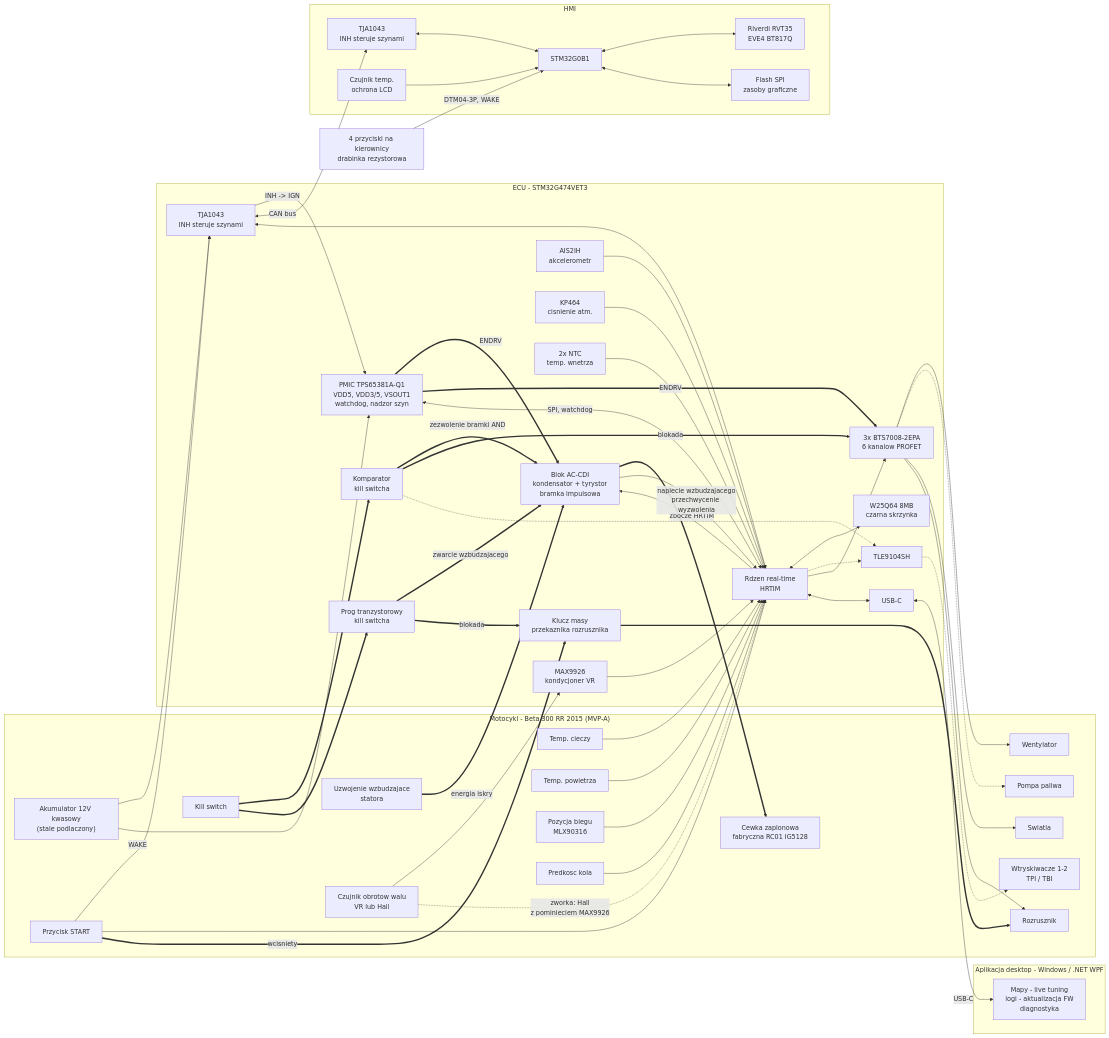
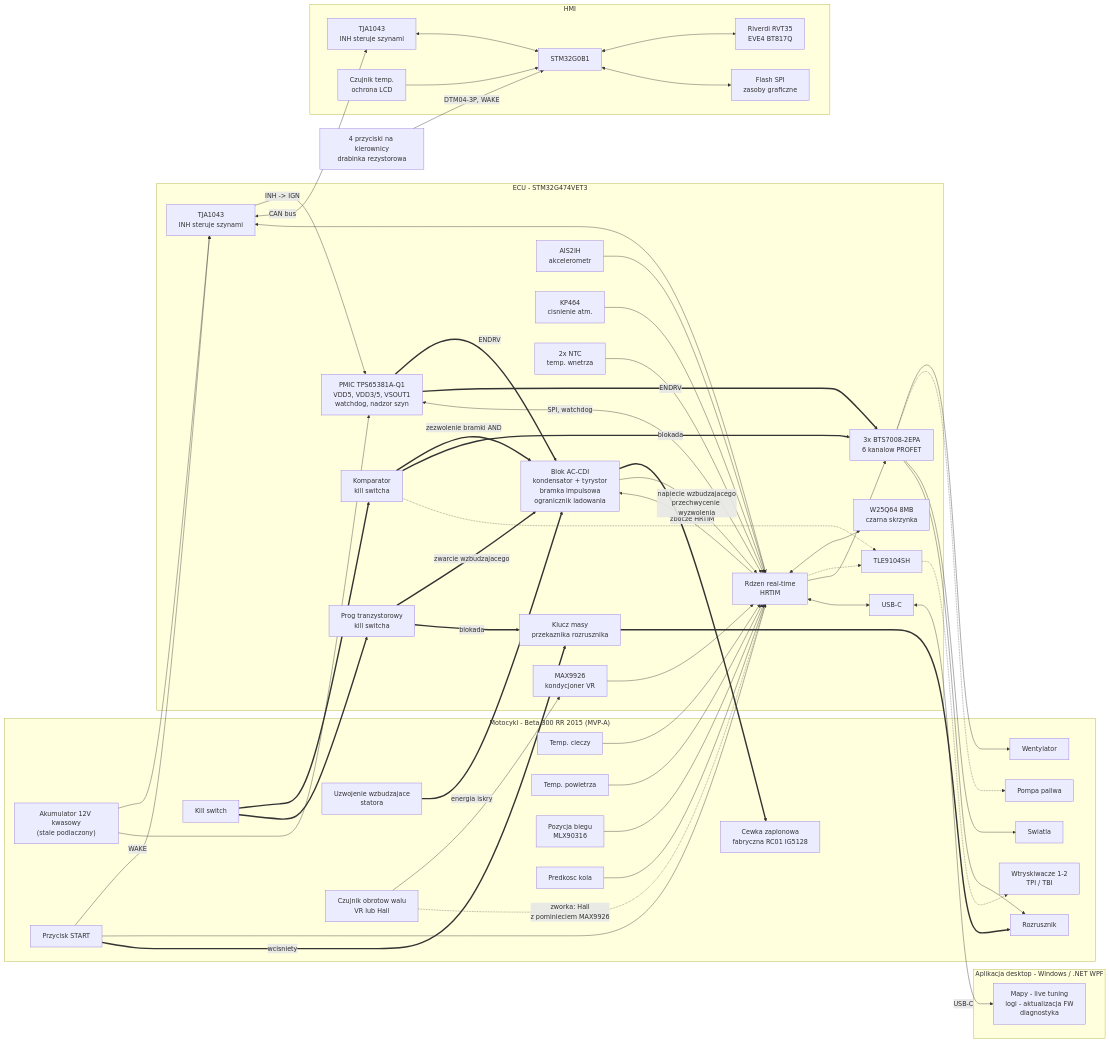
Before and after one commit to DustWorx/DustONE-project-docs: the diagram in diagrams/architektura-systemu.mermaid, drawn with Mermaid. The commit also changed 13 other files, not shown here.

```diff
--- a/diagrams/architektura-systemu.mermaid
+++ b/diagrams/architektura-systemu.mermaid
@@ -1,115 +1,116 @@
 %% DOC-003 — Architektura systemu (diagram blokowy)
 %% Wersja 2.0 | Status: roboczy | Właściciel: Paweł | Opracowanie: Claude | 2026-10-25
 %% Dokument nadrzędny: proces.md
 %% Historia: 2.0 (2026-10-25) MVP-A: tor AC-CDI zamiast VBG08H-E, akcelerometr AIS2IH zamiast BMI090L,
 %%           KP464 zamiast BMP390, zasilanie wyłączane przez INH TJA1043, sprzętowy kill switch,
 %%           usunięty TPS (Z1 obalone), wtrysk oznaczony jako B/C. Źródło: produkt.md rozdz. 3, 4, 6.
+%%           2.3 (2026-11-09) blok AC-CDI: sprzetowy ogranicznik ladowania kondensatora (ECU-IGN-034)
 %%           2.2 (2026-11-01) PMIC TPS65381A-Q1 zamiast przetwornic, TPS3430 i przelacznika obciazenia; ENDRV
 %%           2.1 (2026-11-01) dwa uklady progowe kill switcha, klucz masy rozrusznika od przycisku START
 %%           1.2 (2026-09-29) usuniety blok Quickshifter
 %% LEGENDA: linia przerywana = tylko warianty B/C
 
 flowchart LR
 
     subgraph MOTO["Motocykl - Beta 300 RR 2015 (MVP-A)"]
         BAT["Akumulator 12V kwasowy<br/>(stale podlaczony)"]
         EXC["Uzwojenie wzbudzajace<br/>statora"]
         VR["Czujnik obrotow walu<br/>VR lub Hall"]
         TW["Temp. cieczy"]
         TA["Temp. powietrza"]
         GEAR["Pozycja biegu<br/>MLX90316"]
         WS["Predkosc kola"]
         BTNM["Przycisk START"]
         KILL["Kill switch"]
         COIL["Cewka zaplonowa<br/>fabryczna RC01 IG5128"]
         INJ["Wtryskiwacze 1-2<br/>TPI / TBI"]
         FAN["Wentylator"]
         PUMP["Pompa paliwa"]
         LIGHT["Swiatla"]
         STR["Rozrusznik"]
     end
 
     subgraph ECU["ECU - STM32G474VET3"]
         CAN1["TJA1043<br/>INH steruje szynami"]
         PWR["PMIC TPS65381A-Q1<br/>VDD5, VDD3/5, VSOUT1<br/>watchdog, nadzor szyn"]
         COND["MAX9926<br/>kondycjoner VR"]
         CORE["Rdzen real-time<br/>HRTIM"]
         ACC["AIS2IH<br/>akcelerometr"]
         BARO["KP464<br/>cisnienie atm."]
         NTC["2x NTC<br/>temp. wnetrza"]
         NVM["W25Q64 8MB<br/>czarna skrzynka"]
         CMP["Komparator<br/>kill switcha"]
         THR["Prog tranzystorowy<br/>kill switcha"]
         SKEY["Klucz masy<br/>przekaznika rozrusznika"]
-        CDI["Blok AC-CDI<br/>kondensator + tyrystor<br/>bramka impulsowa"]
+        CDI["Blok AC-CDI<br/>kondensator + tyrystor<br/>bramka impulsowa<br/>ogranicznik ladowania"]
         PROF["3x BTS7008-2EPA<br/>6 kanalow PROFET"]
         IDRV["TLE9104SH"]
         USB["USB-C"]
     end
 
     subgraph HMIBOX["HMI"]
         CAN2["TJA1043<br/>INH steruje szynami"]
         MCU2["STM32G0B1"]
         EVE["Riverdi RVT35<br/>EVE4 BT817Q"]
         FL2["Flash SPI<br/>zasoby graficzne"]
         TEMP2["Czujnik temp.<br/>ochrona LCD"]
     end
 
     BTNH["4 przyciski na kierownicy<br/>drabinka rezystorowa"]
 
     subgraph PC["Aplikacja desktop - Windows / .NET WPF"]
         APP["Mapy - live tuning<br/>logi - aktualizacja FW<br/>diagnostyka"]
     end
 
     BAT --> CAN1
     CAN1 -->|"INH -> IGN"| PWR
     BAT --> PWR
     BTNM -->|"WAKE"| CAN1
     BTNM --> CORE
 
     EXC ==>|"energia iskry"| CDI
     CDI ==> COIL
     CORE -->|"zbocze HRTIM"| CDI
     CDI -->|"napiecie wzbudzajacego<br/>przechwycenie wyzwolenia"| CORE
 
     KILL ==> CMP
     KILL ==> THR
     CMP ==>|"zezwolenie bramki AND"| CDI
     THR ==>|"zwarcie wzbudzajacego"| CDI
     CMP ==>|"blokada"| PROF
     THR ==>|"blokada"| SKEY
     BTNM ==>|"wcisniety"| SKEY
     SKEY ==> STR
     CMP -.-> IDRV
 
     VR --> COND --> CORE
     VR -.->|"zworka: Hall<br/>z pominieciem MAX9926"| CORE
     TW --> CORE
     TA --> CORE
     GEAR --> CORE
     WS --> CORE
     ACC --> CORE
     BARO --> CORE
     NTC --> CORE
     CORE <--> NVM
     CORE <-->|"SPI, watchdog"| PWR
     PWR ==>|"ENDRV"| CDI
     PWR ==>|"ENDRV"| PROF
 
     CORE -.-> IDRV -.-> INJ
     CORE --> PROF
     PROF --> FAN
     PROF -.-> PUMP
     PROF --> LIGHT
     PROF --> STR
 
     CORE <--> CAN1
     CAN1 <-->|"CAN bus"| CAN2
     CAN2 <--> MCU2
     MCU2 <--> EVE
     MCU2 <--> FL2
     TEMP2 --> MCU2
     BTNH -->|"DTM04-3P, WAKE"| MCU2
 
     CORE <--> USB
     USB <-->|"USB-C"| APP
```
